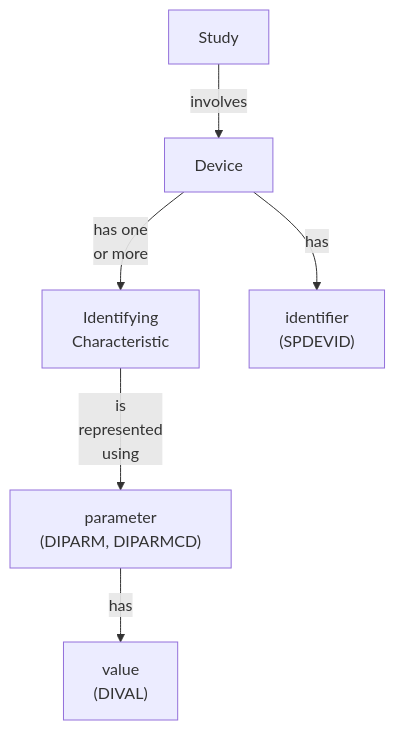
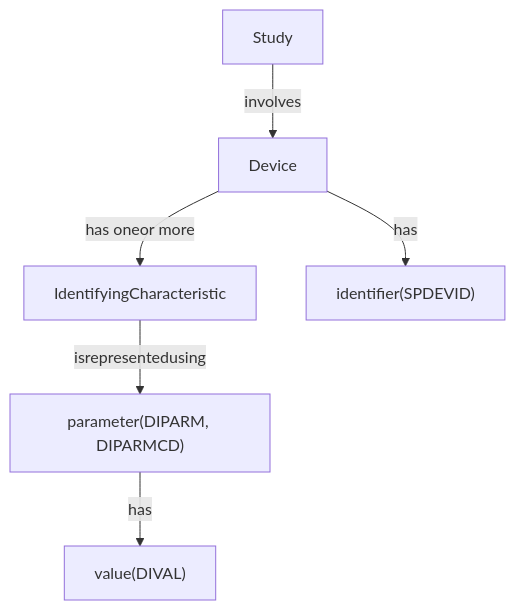
One commit to hakupao/sdtm-pedia changed the first of 2 diagrams in knowledge_base/model/05_study_level_data.md. Above: the diagram before and after it, drawn with Mermaid. The commit also changed other lines of this file and 72 other files, not shown here.

````diff
--- a/knowledge_base/model/05_study_level_data.md
+++ b/knowledge_base/model/05_study_level_data.md
@@ -238,15 +238,15 @@
 ```mermaid
 graph TD
     Study["Study"]
     Device["Device"]
-    IC["Identifying\nCharacteristic"]
-    ID["identifier\n(SPDEVID)"]
-    PARAM["parameter\n(DIPARM, DIPARMCD)"]
-    VAL["value\n(DIVAL)"]
+    IC["IdentifyingCharacteristic"]
+    ID["identifier(SPDEVID)"]
+    PARAM["parameter(DIPARM, DIPARMCD)"]
+    VAL["value(DIVAL)"]
 
     Study -->|involves| Device
-    Device -->|"has one\nor more"| IC
+    Device -->|"has oneor more"| IC
     Device -->|has| ID
-    IC -->|"is\nrepresented\nusing"| PARAM
+    IC -->|"isrepresentedusing"| PARAM
     PARAM -->|has| VAL
 ```
````
